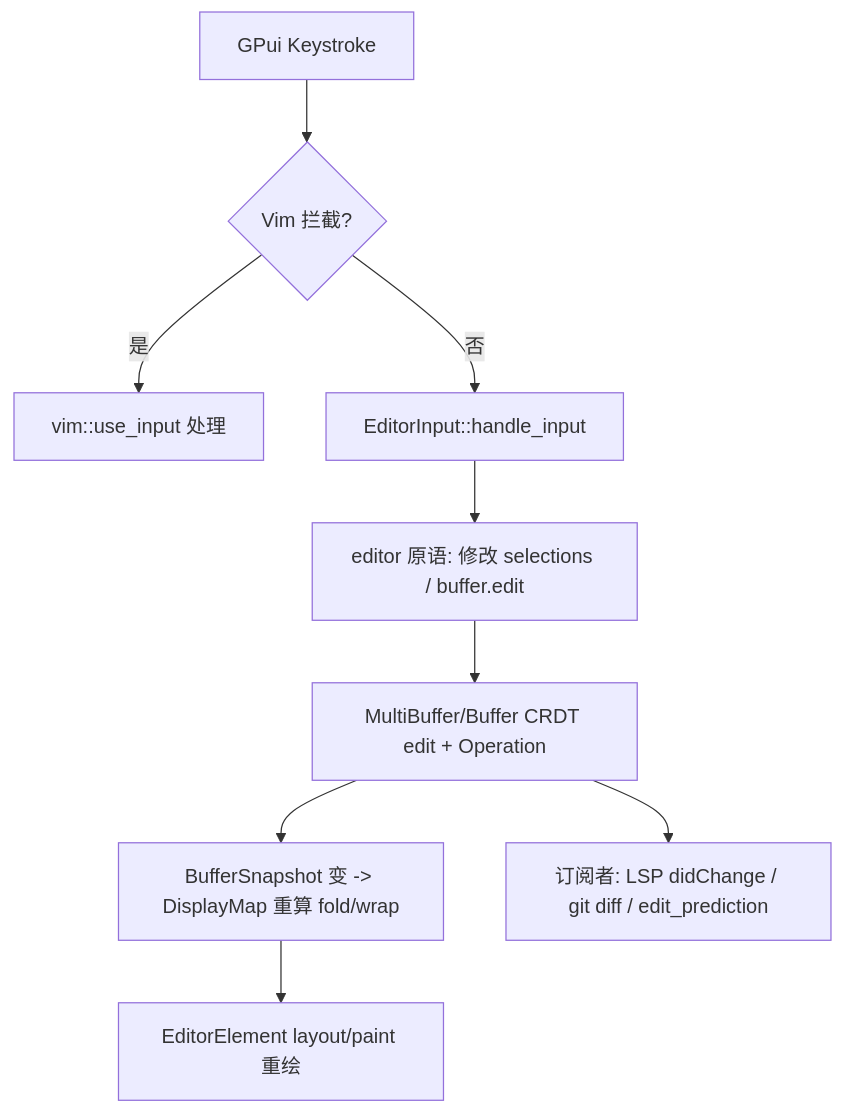
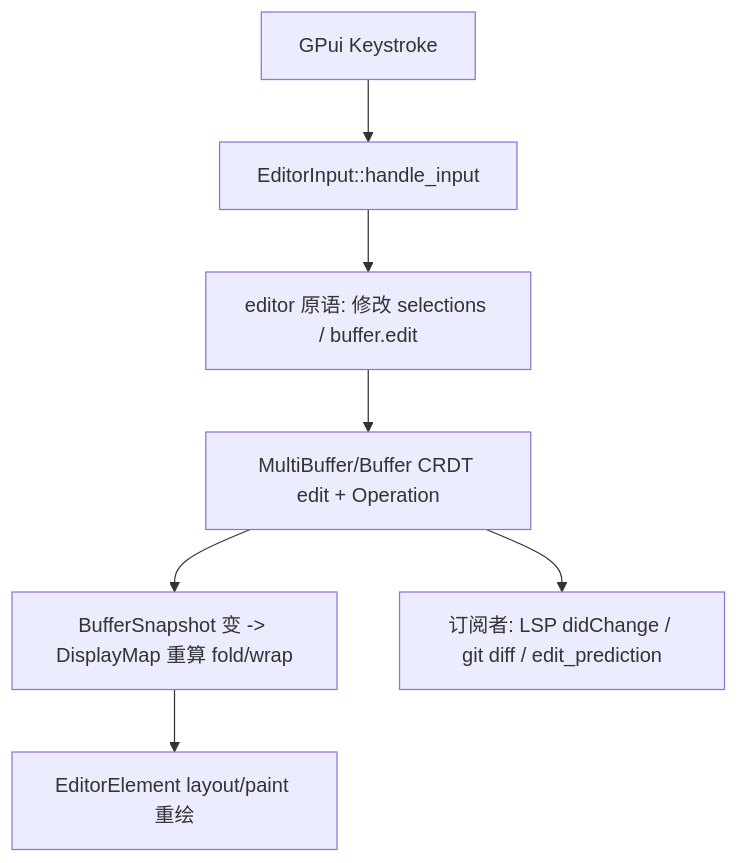
One commit to rzhangjing/zed changed the diagram in wiki/Editor-Deep-Dive.md. Above: the diagram before and after it, drawn with Mermaid. The commit also changed other lines of this file and 52 other files, not shown here.

````diff
--- a/wiki/Editor-Deep-Dive.md
+++ b/wiki/Editor-Deep-Dive.md
@@ -82,11 +81,9 @@
 ```mermaid
 graph TB
-    A[GPui Keystroke] --> B{Vim 拦截?}
-    B -- 是 --> V[vim::use_input 处理]
-    B -- 否 --> C[EditorInput::handle_input]
+    A[GPui Keystroke] --> C[EditorInput::handle_input]
     C --> D[editor 原语: 修改 selections / buffer.edit]
     D --> E[MultiBuffer/Buffer CRDT edit + Operation]
     E --> F[BufferSnapshot 变 -> DisplayMap 重算 fold/wrap]
     F --> G[EditorElement layout/paint 重绘]
     E --> H[订阅者: LSP didChange / git diff / edit_prediction]
 ```
````
